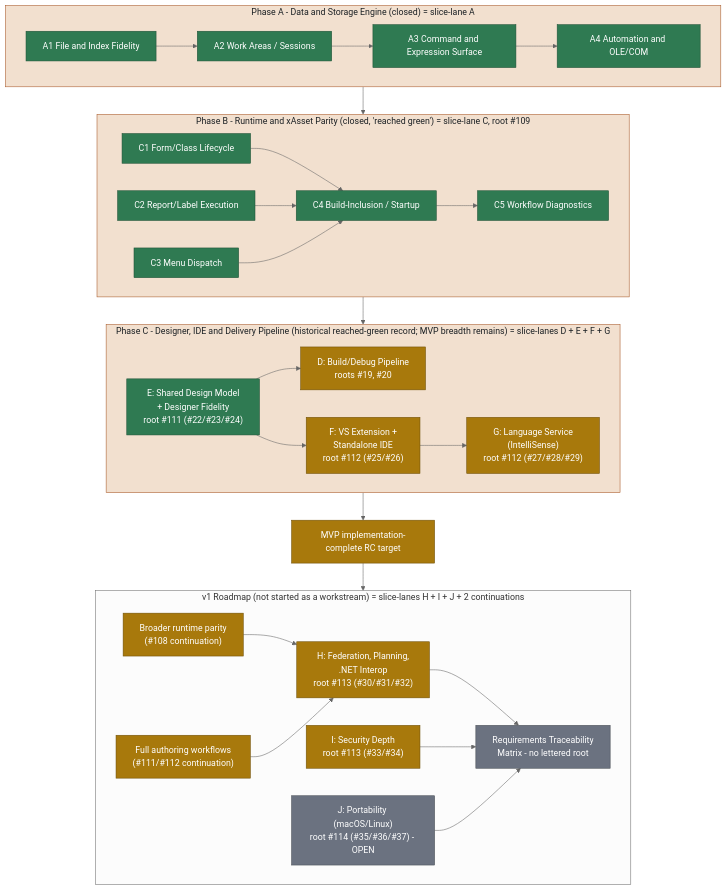
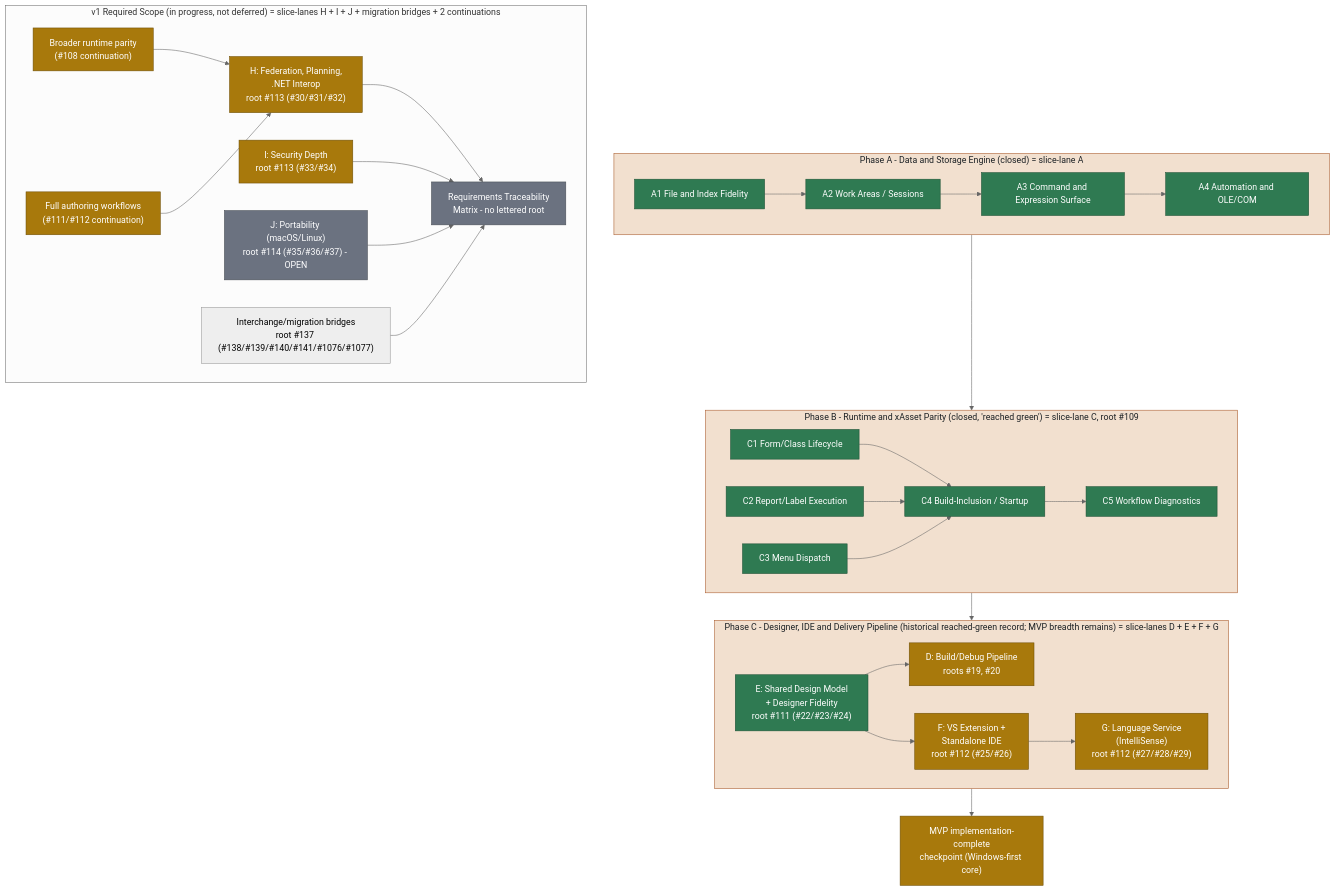
One commit to rhamenator/Project-Copperfin changed the diagram in docs/05-roadmap.md. Above: the diagram before and after it, drawn with Mermaid (neutral theme). The commit also changed other lines of this file and 3 other files, not shown here.

````diff
--- a/docs/05-roadmap.md
+++ b/docs/05-roadmap.md
@@ -1270,67 +1295,69 @@
 ```mermaid
 flowchart TD
     classDef done fill:#2f7a52,stroke:#1e5136,color:#ffffff,stroke-width:1px;
     classDef partial fill:#a8790c,stroke:#6e4f07,color:#ffffff,stroke-width:1px;
     classDef planned fill:#6b7280,stroke:#484d54,color:#ffffff,stroke-width:1px;
     classDef lane fill:#f2e0cf,stroke:#a85a2a,color:#1b2024,stroke-width:1px;
 
     subgraph PA["Phase A - Data and Storage Engine (closed) = slice-lane A"]
       direction LR
       A1["A1 File and Index Fidelity"]
       A2["A2 Work Areas / Sessions"]
       A3["A3 Command and Expression Surface"]
       A4["A4 Automation and OLE/COM"]
       A1 --> A2 --> A3 --> A4
     end
 
     subgraph PB["Phase B - Runtime and xAsset Parity (closed, 'reached green') = slice-lane C, root #109"]
       direction LR
       C1["C1 Form/Class Lifecycle"]
       C2["C2 Report/Label Execution"]
       C3["C3 Menu Dispatch"]
       C4["C4 Build-Inclusion / Startup"]
       C5["C5 Workflow Diagnostics"]
       C1 --> C4
       C2 --> C4
       C3 --> C4
       C4 --> C5
     end
 
     subgraph PC["Phase C - Designer, IDE and Delivery Pipeline (historical reached-green record; MVP breadth remains) = slice-lanes D + E + F + G"]
       direction LR
       D["D: Build/Debug Pipeline<br/>roots #19, #20"]
       E["E: Shared Design Model<br/>+ Designer Fidelity<br/>root #111 (#22/#23/#24)"]
       F["F: VS Extension +<br/>Standalone IDE<br/>root #112 (#25/#26)"]
       G["G: Language Service<br/>(IntelliSense)<br/>root #112 (#27/#28/#29)"]
       E --> F
       F --> G
       E --> D
     end
 
-    MVP["MVP implementation-complete RC target"]
+    MVP["MVP implementation-complete<br/>checkpoint (Windows-first core)"]
 
-    subgraph V1["v1 Roadmap (not started as a workstream) = slice-lanes H + I + J + 2 continuations"]
+    subgraph V1["v1 Required Scope (in progress, not deferred) = slice-lanes H + I + J + migration bridges + 2 continuations"]
       direction LR
       RUNTIME["Broader runtime parity<br/>(#108 continuation)"]
       WORKFLOWS["Full authoring workflows<br/>(#111/#112 continuation)"]
       H["H: Federation, Planning,<br/>.NET Interop<br/>root #113 (#30/#31/#32)"]
       I["I: Security Depth<br/>root #113 (#33/#34)"]
       J["J: Portability (macOS/Linux)<br/>root #114 (#35/#36/#37) - OPEN"]
+      MIGRATE["Interchange/migration bridges<br/>root #137 (#138/#139/#140/#141/#1076/#1077)"]
       TRACE["Requirements Traceability<br/>Matrix - no lettered root"]
       RUNTIME --> H
       WORKFLOWS --> H
       H --> TRACE
       I --> TRACE
       J --> TRACE
+      MIGRATE --> TRACE
     end
 
-    PA --> PB --> PC --> MVP --> V1
+    PA --> PB --> PC --> MVP
 
     class A1,A2,A3,A4,C1,C2,C3,C4,C5 done;
     class E done;
     class D,F,G,MVP partial;
     class RUNTIME,WORKFLOWS partial;
     class H,I partial;
     class J,TRACE planned;
     class PA,PB,PC lane;
 ```
````
